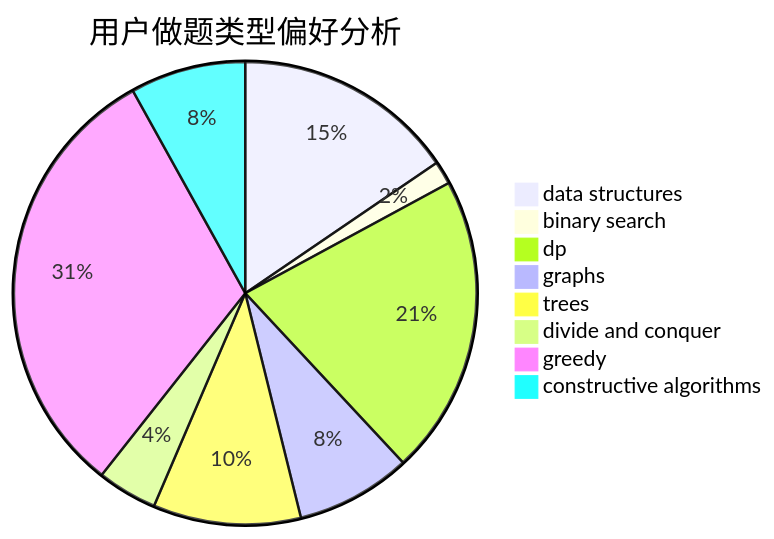
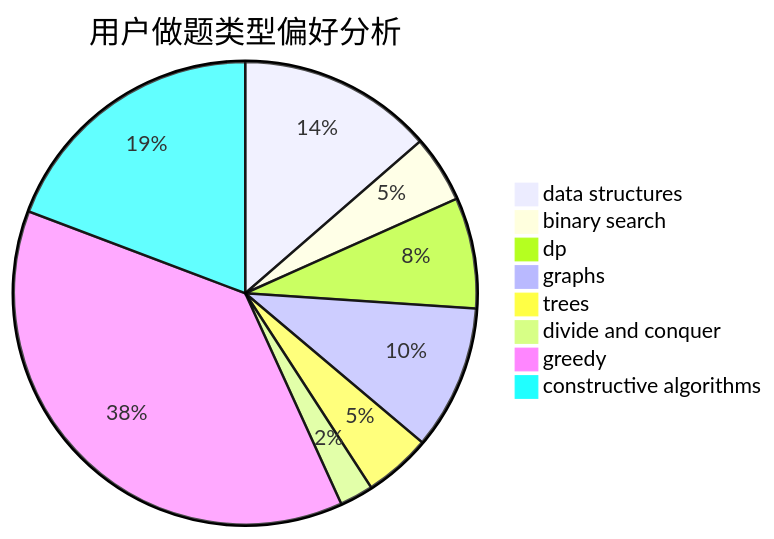
The second of 3 diagrams in docs/user/u2547.md (sherpahu/cfrs.github.io), drawn with Mermaid before and after one commit. The commit also changed other lines of this file and 2770 other files, not shown here.

````diff
--- a/docs/user/u2547.md
+++ b/docs/user/u2547.md
@@ -23,11 +23,11 @@
 ```mermaid
 pie title 用户做题类型偏好分析
-    "data structures" :  48
-    "binary search" :  5
-    "dp" :  65
-    "graphs" :  25
-    "trees" :  32
-    "divide and conquer" :  13
-    "greedy" :  97
-    "constructive algorithms" :  25
+    "data structures" :  58
+    "binary search" :  20
+    "dp" :  33
+    "graphs" :  43
+    "trees" :  20
+    "divide and conquer" :  10
+    "greedy" :  160
+    "constructive algorithms" :  82
 ```
````
